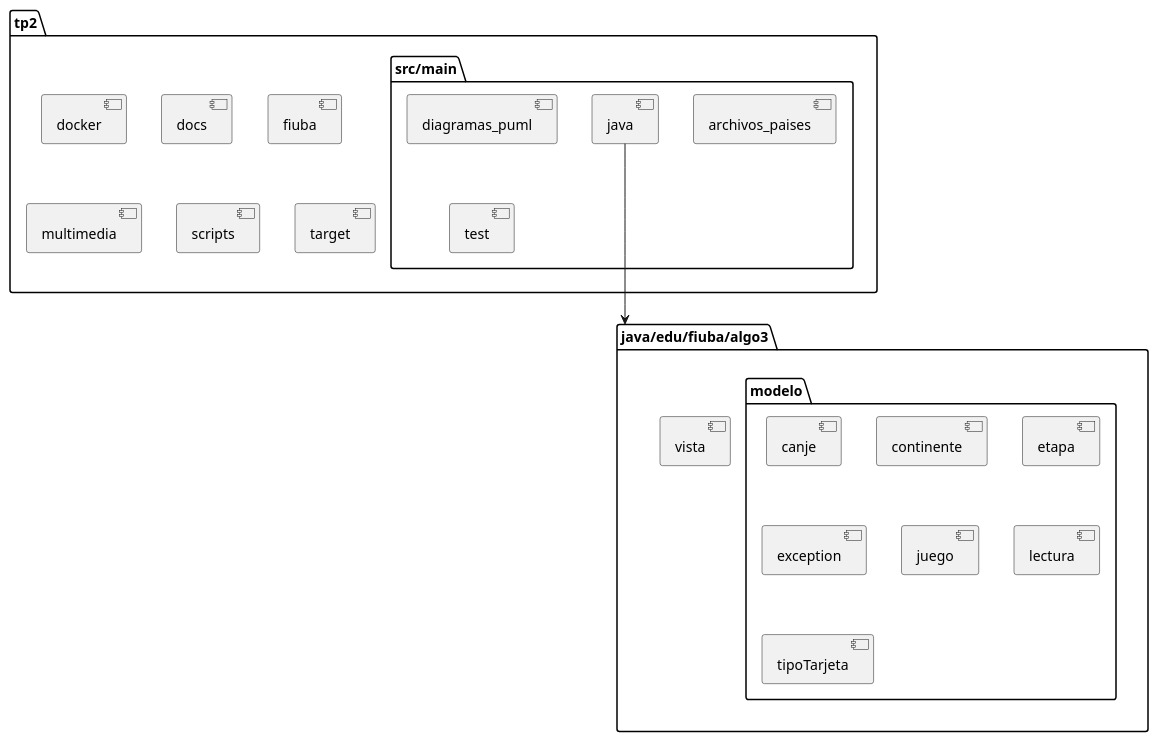
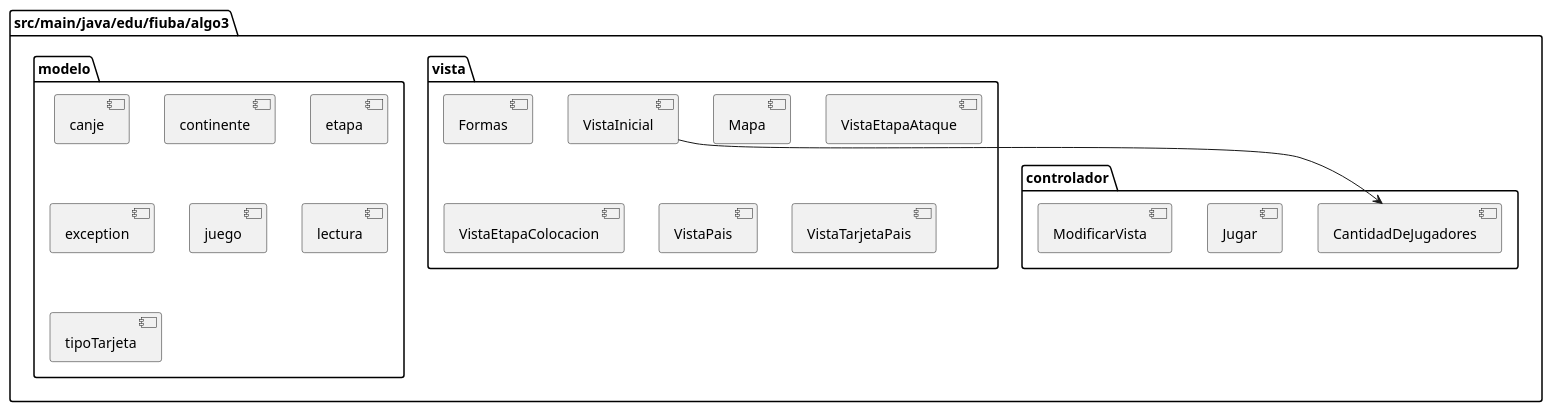
One commit to Cristianfca197/altego changed the diagram in src/main/diagramas_puml/DiagramaPaquete.puml. Above: the diagram before and after it, drawn with PlantUML. The commit also changed 1 other file, not shown here.

Commit message:
diagramas

```diff
--- a/src/main/diagramas_puml/DiagramaPaquete.puml
+++ b/src/main/diagramas_puml/DiagramaPaquete.puml
@@ -1,54 +1,52 @@
 @startuml DiagramaPaquete
 
-package "tp2" {
-  [docker]
-  [docs]
-  [fiuba]
-  [multimedia]
-  [scripts]
-  [target]
-  package "src/main" {
-    [diagramas_puml]
-    [archivos_paises]
-    [test]
-    [java]
+
+package "src/main/java/edu/fiuba/algo3" as jv{
+  package "vista" as vista {
+    [Formas]
+    [Mapa]
+    [VistaEtapaAtaque]
+    [VistaEtapaColocacion]
+    [VistaInicial]
+    [VistaPais]
+    [VistaTarjetaPais]
   }
-}
-
-package "java/edu/fiuba/algo3" as jv{
-  [vista]
+  package "controlador" as controlador {
+    [CantidadDeJugadores]
+    [Jugar]
+    [ModificarVista]
+  }
   package "modelo" as modelo {
     [canje]
     [continente]
     [etapa]
     [exception]
     [juego]
     [lectura]
     [tipoTarjeta]
   }
 }
 
-[java] -down--> jv
-
+[VistaInicial] --> [CantidadDeJugadores]
 
 /'
 cloud {
   [Example 1]
 }
 
 /'
 database "MySql" {
   folder "This is my folder" {
     [Folder 3]
   }
   frame "Foo" {
     [Frame 4]
   }
 }
 
 
 [Another Component] --> [Example 1]
 [Example 1] --> [Folder 3]
 [Folder 3] --> [Frame 4]
 '/
 @enduml
```
